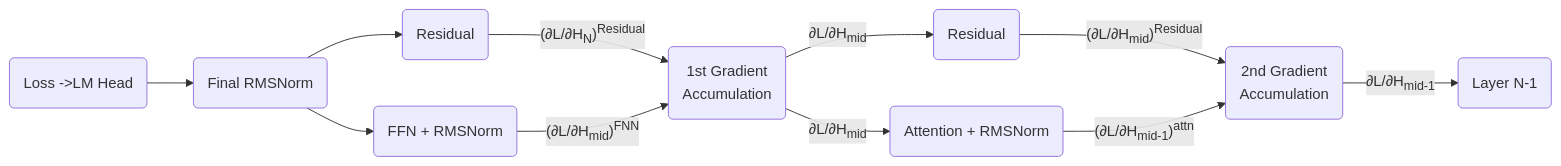
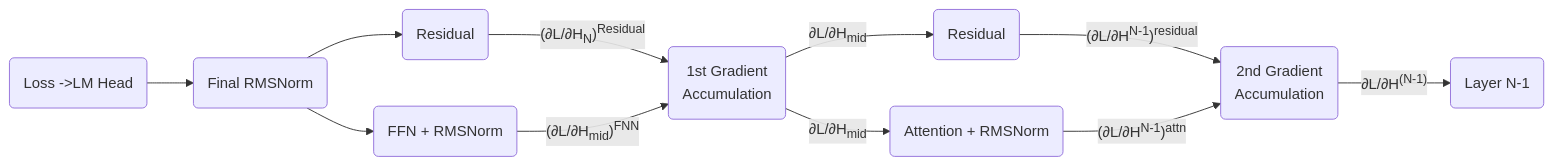
The diagram in docs/llm-essential-backward-pass.md (ChrisZhu2050/chriszhu2050.github.io), drawn with Mermaid before and after one commit. The commit also changed other lines of this file, not shown here.

````diff
--- a/docs/llm-essential-backward-pass.md
+++ b/docs/llm-essential-backward-pass.md
@@ -8,30 +8,30 @@
   ```mermaid
         flowchart LR
 
           a("Loss ->LM Head")
           c1("Final RMSNorm")
           b1("Residual")
           d("FFN + RMSNorm")
           d1("1st Gradient 
           Accumulation")
           e("Attention + RMSNorm")  
           e1("Residual") 
           f("2nd Gradient
            Accumulation")
           g("Layer N-1")
         
         a --> c1
         c1 --> d
         c1 --> b1
         b1 -- (∂L/∂H<sub>N</sub>)<sup>Residual</sup>--> d1
         d --(∂L/∂H<sub>mid</sub>)<sup>FNN</sup>--> d1
         d1 --∂L/∂H<sub>mid</sub> --> e1
         d1 --∂L/∂H<sub>mid</sub>--> e
-        e1 -- (∂L/∂H<sub>mid</sub>)<sup>Residual</sup>--> f
-        e -- (∂L/∂H<sub>mid-1</sub>)<sup>attn</sup>--> f
-        f --∂L/∂H<sub>mid-1</sub>--> g
+        e1 -- (∂L/∂H<sup>N-1</sup>)<sup>residual</sup>--> f
+        e -- (∂L/∂H<sup>N-1</sup>)<sup>attn</sup>--> f
+        f --∂L/∂H<sup>(N-1)</sup>--> g
 
 
         
 
   ```  
````
